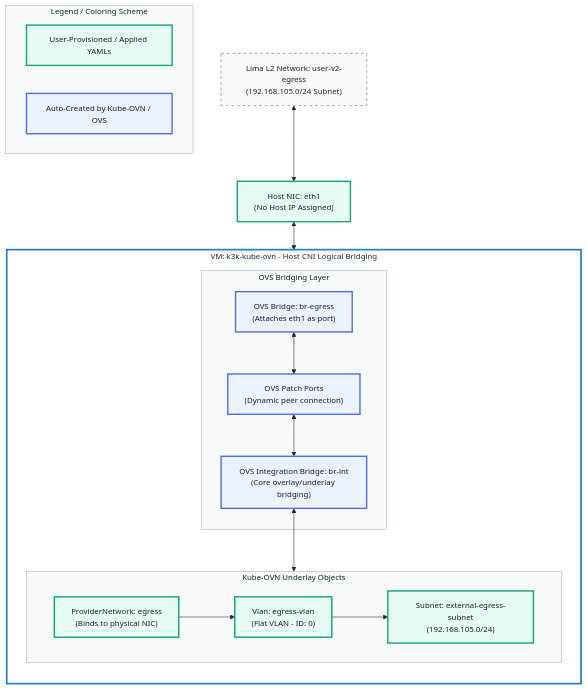
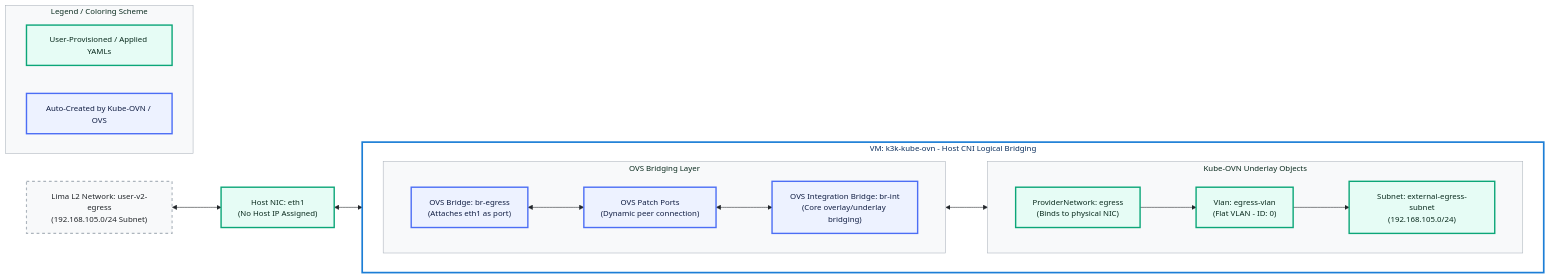
One commit to coulof/k3k-kube-ovn changed the second of 3 diagrams in docs/egress-gateway-experiment.md. Above: the diagram before and after it, drawn with Mermaid.

Commit message:
style(egress): orient provider bridging diagram in landscape layout side-by-side

````diff
--- a/docs/egress-gateway-experiment.md
+++ b/docs/egress-gateway-experiment.md
@@ -99,63 +99,64 @@
 ```mermaid
 %%{init: {
   'theme': 'base',
   'themeVariables': {
     'fontFamily': 'SUSE, sans-serif',
     'fontSize': '14px',
     'primaryColor': '#0ca678',
     'primaryTextColor': '#092a1d',
     'primaryBorderColor': '#0ca678',
     'lineColor': '#212529',
     'secondaryColor': '#1c7ed6',
     'tertiaryColor': '#e6fcf5',
     'mainBkg': '#ffffff',
     'nodeBorder': '#212529',
     'clusterBkg': '#f8f9fa',
     'clusterBorder': '#adb5bd',
     'titleColor': '#092a1d',
     'edgeLabelBackground':'#ffffff'
   }
 } }%%
-graph TD
+graph LR
     classDef default fill:#ffffff,stroke:#212529,stroke-width:1px,color:#212529;
     classDef net fill:#f8f9fa,stroke:#adb5bd,stroke-width:2px,stroke-dasharray: 5 5,color:#212529;
     classDef vm fill:#ffffff,stroke:#1c7ed6,stroke-width:3px,color:#0b2e5c;
     classDef userSpec fill:#e6fcf5,stroke:#0ca678,stroke-width:2.5px,color:#092a1d;
     classDef autoCni fill:#edf2ff,stroke:#4c6ef5,stroke-width:2.5px,color:#101d42;
 
     %% PHYSICAL & UNDERLAY INTERFACES
     SubNet["Lima L2 Network: user-v2-egress<br/>(192.168.105.0/24 Subnet)"]:::net
     eth1["Host NIC: eth1<br/>(No Host IP Assigned)"]:::userSpec
 
     subgraph VM1 [VM: k3k-kube-ovn - Host CNI Logical Bridging]
-        direction TB
+        direction LR
         subgraph OVS [OVS Bridging Layer]
+            direction LR
             br_egress["OVS Bridge: br-egress<br/>(Attaches eth1 as port)"]:::autoCni
             patch["OVS Patch Ports<br/>(Dynamic peer connection)"]:::autoCni
             br_int["OVS Integration Bridge: br-int<br/>(Core overlay/underlay bridging)"]:::autoCni
             br_egress <--> patch <--> br_int
         end
 
         subgraph K8s [Kube-OVN Underlay Objects]
             direction LR
             pn["ProviderNetwork: egress<br/>(Binds to physical NIC)"]:::userSpec
             vlan["Vlan: egress-vlan<br/>(Flat VLAN - ID: 0)"]:::userSpec
             sub_ext["Subnet: external-egress-subnet<br/>(192.168.105.0/24)"]:::userSpec
             pn --> vlan --> sub_ext
         end
     end
 
     %% Legend
     subgraph Legend [Legend / Coloring Scheme]
         direction LR
         L1["User-Provisioned / Applied YAMLs"]:::userSpec
         L2["Auto-Created by Kube-OVN / OVS"]:::autoCni
     end
 
     %% Mappings
     SubNet <--> eth1
     eth1 <--> br_egress
     br_int <--> pn
     
     class VM1 vm;
 ```
````
